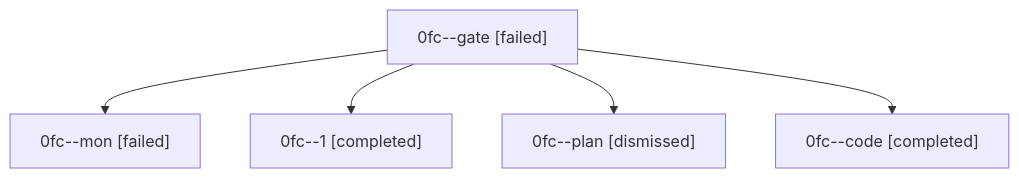
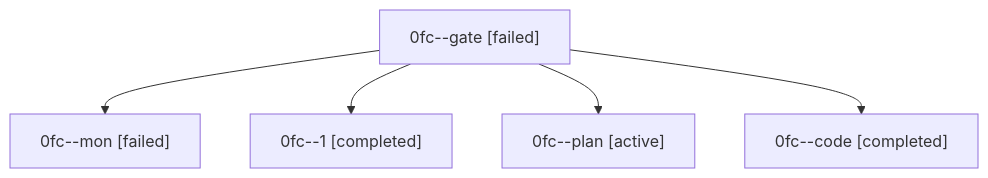
Before and after one commit to sase-org/sase--agents: the diagram in families/bbugyi200.athena.0fc.md, drawn with Mermaid. The commit also changed other lines of this file and 35830 other files, not shown here.

````diff
--- a/families/bbugyi200.athena.0fc.md
+++ b/families/bbugyi200.athena.0fc.md
@@ -9,12 +9,12 @@
 ```mermaid
 flowchart TD
   n0["0fc--gate [failed]"]
   n1["0fc--mon [failed]"]
   n0 --> n1
   n2["0fc--1 [completed]"]
   n0 --> n2
-  n3["0fc--plan [dismissed]"]
+  n3["0fc--plan [active]"]
   n0 --> n3
   n4["0fc--code [completed]"]
   n0 --> n4
 ```
````
